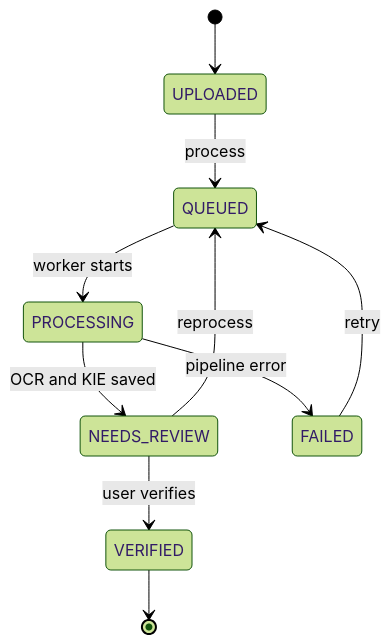
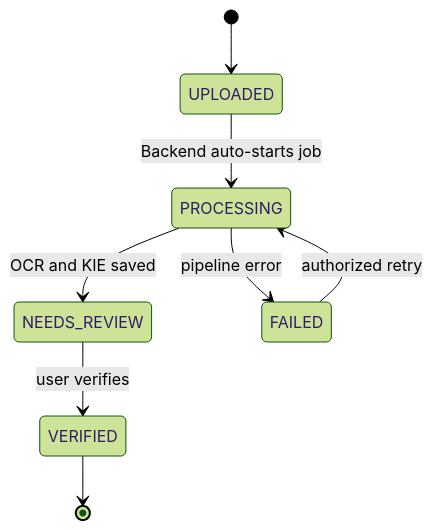
Before and after one commit to vietreceipt-team/vietreceipt: the diagram in docs/receipt-state-machine.md, drawn with Mermaid (forest theme). The commit also changed other lines of this file and 11 other files, not shown here.

````diff
--- a/docs/receipt-state-machine.md
+++ b/docs/receipt-state-machine.md
@@ -18,12 +19,10 @@
 ```mermaid
 stateDiagram-v2
     [*] --> UPLOADED
-    UPLOADED --> QUEUED: process
-    QUEUED --> PROCESSING: worker starts
+    UPLOADED --> PROCESSING: Backend auto-starts job
     PROCESSING --> NEEDS_REVIEW: OCR and KIE saved
     PROCESSING --> FAILED: pipeline error
-    FAILED --> QUEUED: retry
-    NEEDS_REVIEW --> QUEUED: reprocess
+    FAILED --> PROCESSING: authorized retry
     NEEDS_REVIEW --> VERIFIED: user verifies
     VERIFIED --> [*]
 ```
````
